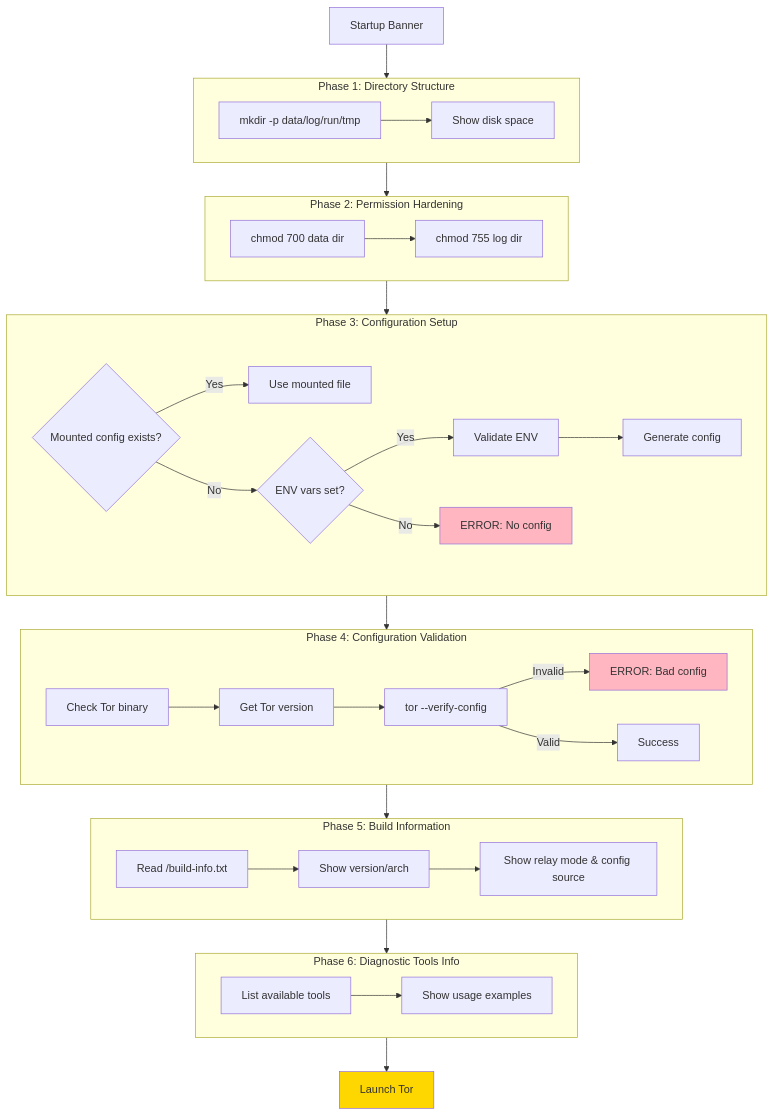
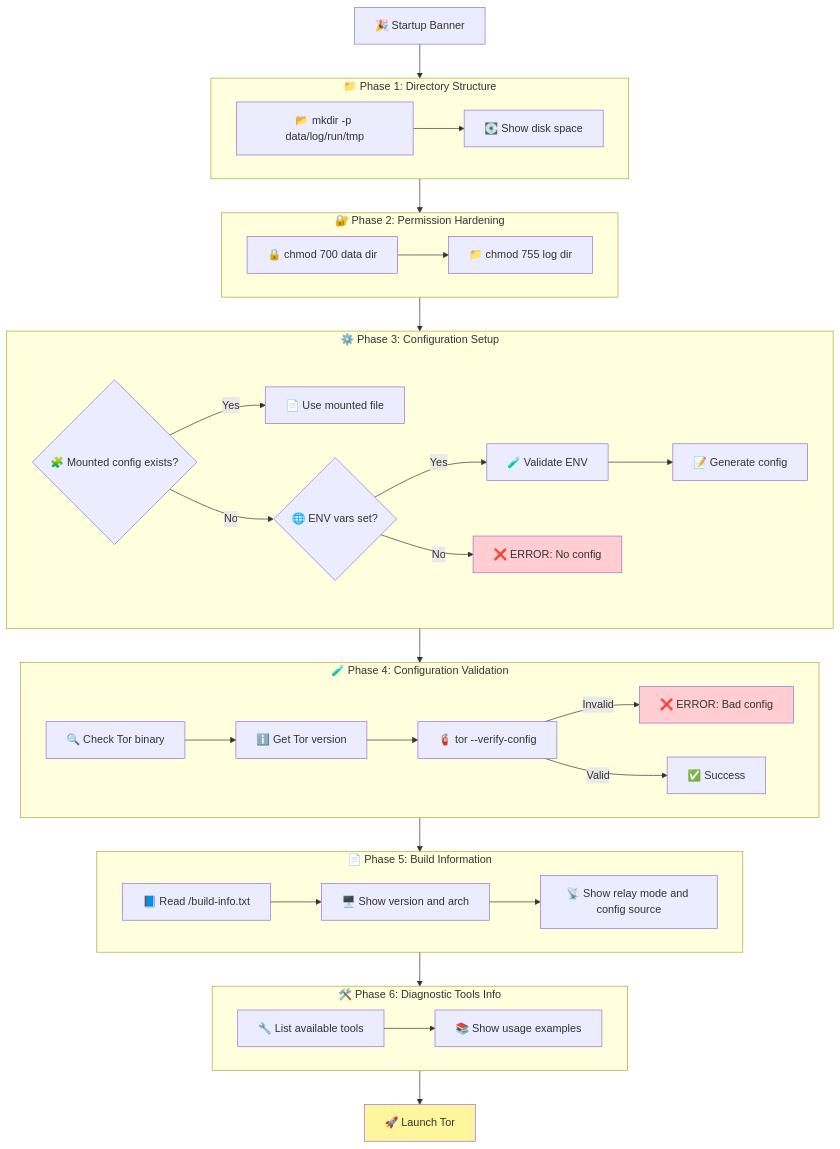
Before and after one commit to r3bo0tbx1/tor-guard-relay: the second of 13 diagrams in docs/ARCHITECTURE.md, drawn with Mermaid. The commit also changed other lines of this file and 1 other file, not shown here.

First line of the commit message:
📝 docs(v1.1.1): Refresh diagrams and update image size

````diff
--- a/docs/ARCHITECTURE.md
+++ b/docs/ARCHITECTURE.md
@@ -84,46 +85,46 @@
 ```mermaid
 flowchart TD
-    Banner[Startup Banner] --> P1
+    Banner[🎉 Startup Banner] --> P1
 
-    subgraph P1[Phase 1: Directory Structure]
-        P1_1[mkdir -p data/log/run/tmp] --> P1_2[Show disk space]
+    subgraph P1["📁 Phase 1: Directory Structure"]
+        P1_1[📂 mkdir -p data/log/run/tmp] --> P1_2[💽 Show disk space]
     end
 
-    subgraph P2[Phase 2: Permission Hardening]
-        P2_1[chmod 700 data dir] --> P2_2[chmod 755 log dir]
+    subgraph P2["🔐 Phase 2: Permission Hardening"]
+        P2_1[🔒 chmod 700 data dir] --> P2_2[📁 chmod 755 log dir]
     end
 
-    subgraph P3[Phase 3: Configuration Setup]
-        P3_1{Mounted config exists?} -->|Yes| P3_2[Use mounted file]
-        P3_1 -->|No| P3_3{ENV vars set?}
-        P3_3 -->|Yes| P3_4[Validate ENV] --> P3_5[Generate config]
-        P3_3 -->|No| P3_6[ERROR: No config]
+    subgraph P3["⚙️ Phase 3: Configuration Setup"]
+        P3_1{🧩 Mounted config exists?} -->|Yes| P3_2[📄 Use mounted file]
+        P3_1 -->|No| P3_3{🌐 ENV vars set?}
+        P3_3 -->|Yes| P3_4[🧪 Validate ENV] --> P3_5[📝 Generate config]
+        P3_3 -->|No| P3_6[❌ ERROR: No config]
     end
 
-    subgraph P4[Phase 4: Configuration Validation]
-        P4_1[Check Tor binary] --> P4_2[Get Tor version]
-        P4_2 --> P4_3[tor --verify-config]
-        P4_3 -->|Invalid| P4_4[ERROR: Bad config]
-        P4_3 -->|Valid| P4_5[Success]
+    subgraph P4["🧪 Phase 4: Configuration Validation"]
+        P4_1[🔍 Check Tor binary] --> P4_2[ℹ️ Get Tor version]
+        P4_2 --> P4_3[🧯 tor --verify-config]
+        P4_3 -->|Invalid| P4_4[❌ ERROR: Bad config]
+        P4_3 -->|Valid| P4_5[✅ Success]
     end
 
-    subgraph P5[Phase 5: Build Information]
-        P5_1[Read /build-info.txt] --> P5_2[Show version/arch]
-        P5_2 --> P5_3[Show relay mode & config source]
+    subgraph P5["📄 Phase 5: Build Information"]
+        P5_1[📘 Read /build-info.txt] --> P5_2[🖥️ Show version and arch]
+        P5_2 --> P5_3[📡 Show relay mode and config source]
     end
 
-    subgraph P6[Phase 6: Diagnostic Tools Info]
-        P6_1[List available tools] --> P6_2[Show usage examples]
+    subgraph P6["🛠️ Phase 6: Diagnostic Tools Info"]
+        P6_1[🔧 List available tools] --> P6_2[📚 Show usage examples]
     end
 
     P1 --> P2
     P2 --> P3
     P3 --> P4
     P4 --> P5
     P5 --> P6
-    P6 --> Launch[Launch Tor]
+    P6 --> Launch[🚀 Launch Tor]
 
-    style P3_6 fill:#FFB6C1
-    style P4_4 fill:#FFB6C1
-    style Launch fill:#FFD700
+    style P3_6 fill:#ffcdd2
+    style P4_4 fill:#ffcdd2
+    style Launch fill:#fff59d
 ```
````
